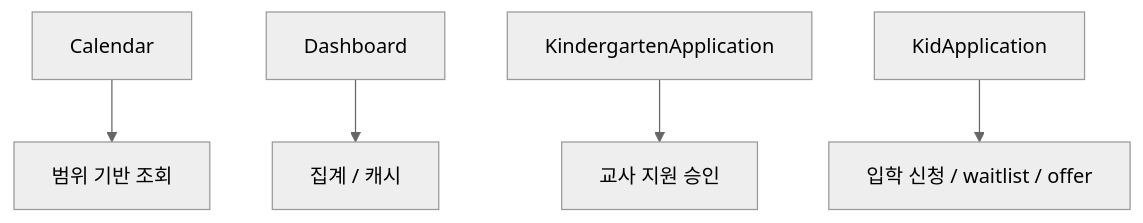
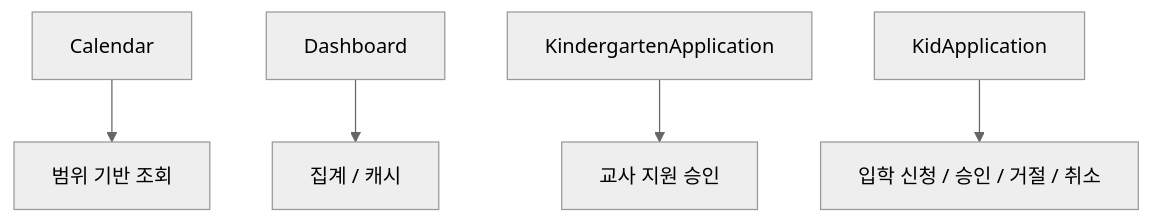
One commit to answndud/Kindergarten_ERP changed the first of 3 diagrams in blog/10-calendar-dashboard-and-application-workflows.md. Above: the diagram before and after it, drawn with Mermaid (neutral theme). The commit also changed other lines of this file and 19 other files, not shown here.

````diff
--- a/blog/10-calendar-dashboard-and-application-workflows.md
+++ b/blog/10-calendar-dashboard-and-application-workflows.md
@@ -80,7 +77,7 @@
 ```mermaid
 flowchart TD
     A["Calendar"] --> E["범위 기반 조회"]
     B["Dashboard"] --> F["집계 / 캐시"]
     C["KindergartenApplication"] --> G["교사 지원 승인"]
-    D["KidApplication"] --> H["입학 신청 / waitlist / offer"]
+    D["KidApplication"] --> H["입학 신청 / 승인 / 거절 / 취소"]
 ```
````
